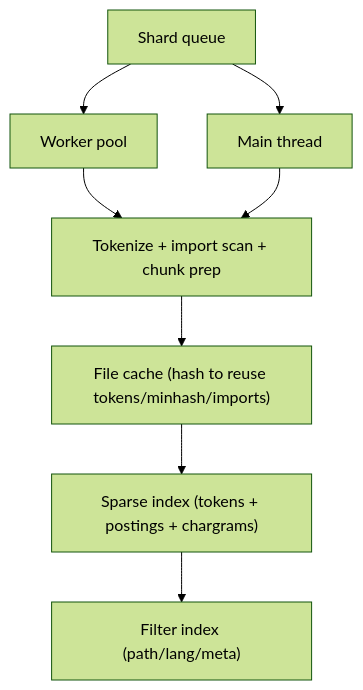
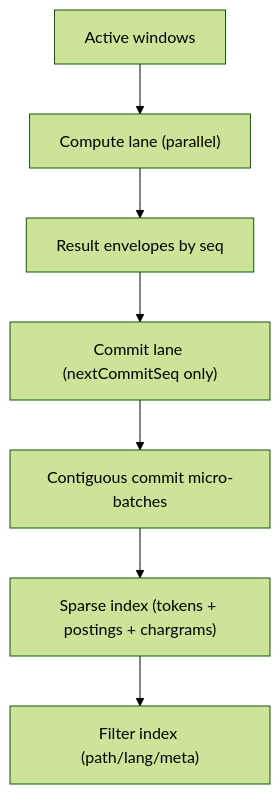
The third of 13 diagrams in docs/guides/architecture.md (doublemover/PairOfCleats), drawn with Mermaid (forest theme) before and after one commit. The commit also changed other lines of this file and 11 other files, not shown here.

````diff
--- a/docs/guides/architecture.md
+++ b/docs/guides/architecture.md
@@ -44,10 +47,9 @@
 ```mermaid
 graph TD
-  E["Shard queue"] --> W["Worker pool"]
-  E --> M["Main thread"]
-  W --> T["Tokenize + import scan + chunk prep"]
-  M --> T
-  T --> C["File cache (hash to reuse tokens/minhash/imports)"]
-  C --> S["Sparse index (tokens + postings + chargrams)"]
-  S --> F["Filter index (path/lang/meta)"]
+  A["Active windows"] --> B["Compute lane (parallel)"]
+  B --> C["Result envelopes by seq"]
+  C --> D["Commit lane (nextCommitSeq only)"]
+  D --> E["Contiguous commit micro-batches"]
+  E --> F["Sparse index (tokens + postings + chargrams)"]
+  F --> G["Filter index (path/lang/meta)"]
 ```
````
